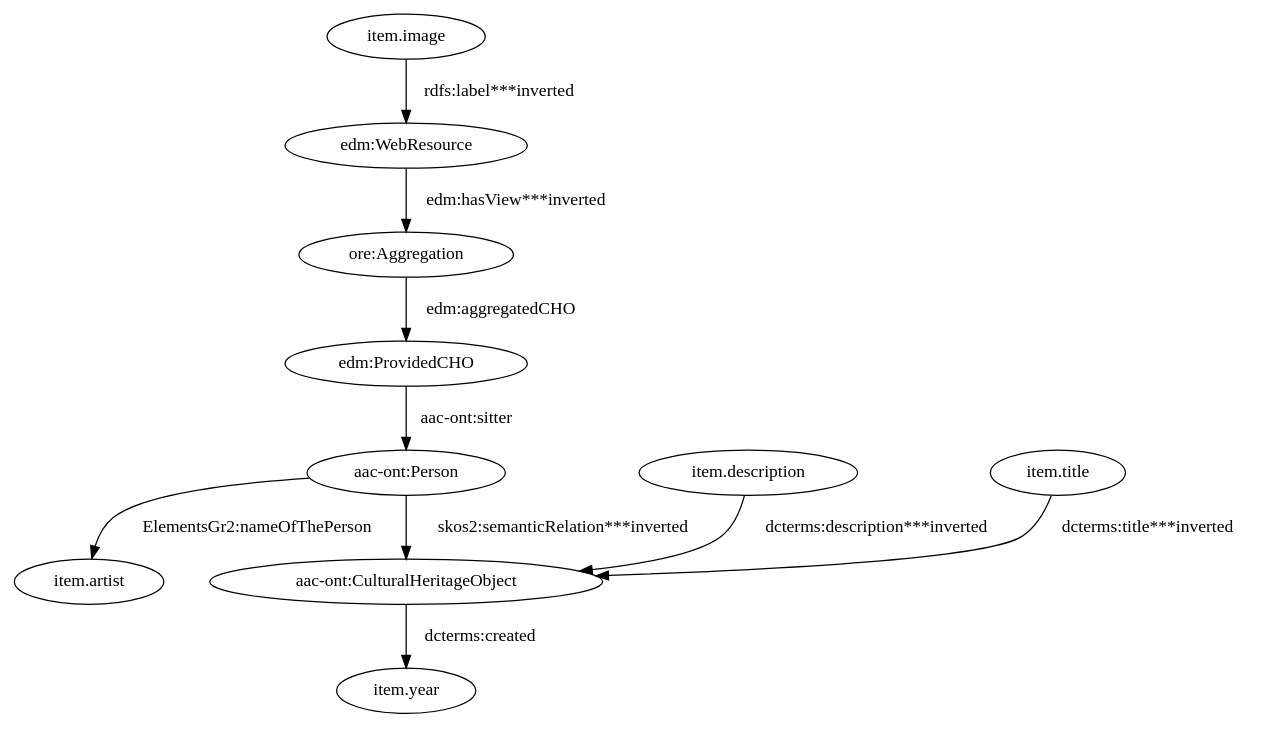
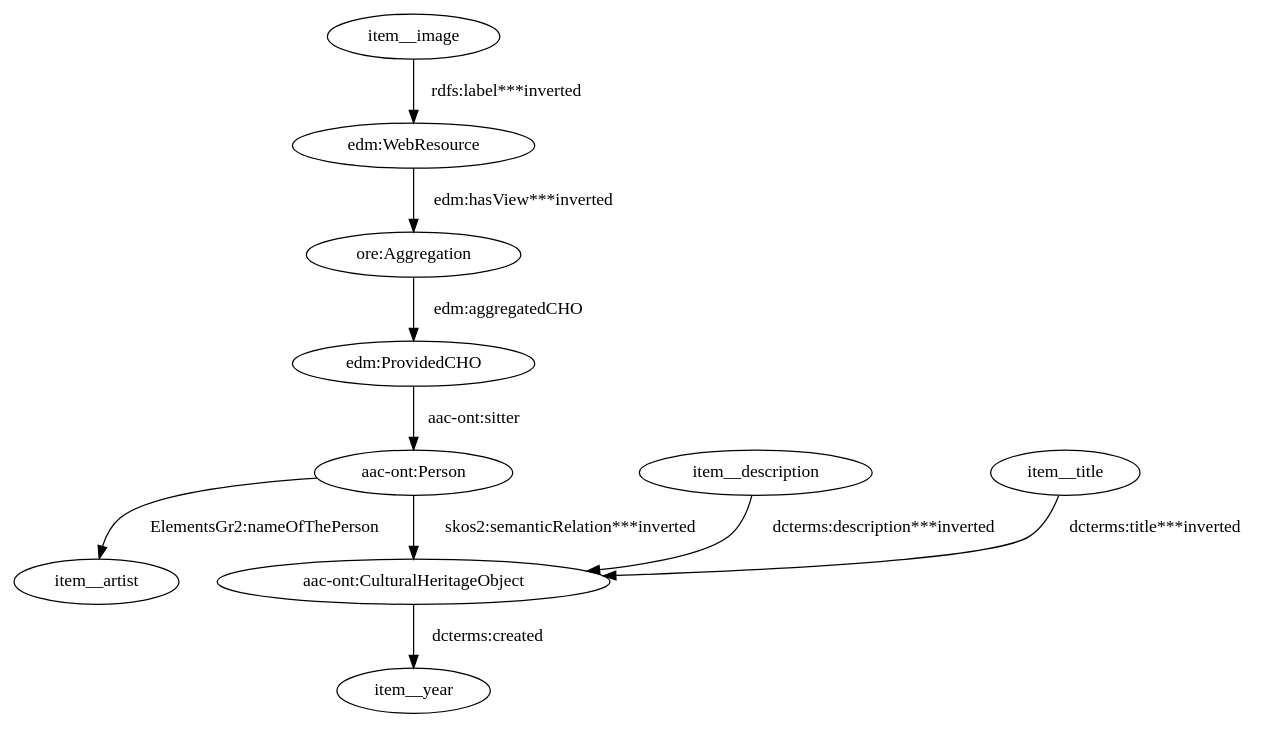
The diagram in data/taheriyan2016/task_03/semantic_models/steiner/dot/s16-s-hammer.dot (giuseppefutia/semi), drawn with Graphviz before and after one commit. The commit also changed 91 other files, not shown here.

```diff
--- a/data/taheriyan2016/task_03/semantic_models/steiner/dot/s16-s-hammer.dot
+++ b/data/taheriyan2016/task_03/semantic_models/steiner/dot/s16-s-hammer.dot
@@ -1,21 +1,21 @@
 digraph {
   "aac-ont:CulturalHeritageObject1" [type=class_uri,label="aac-ont:CulturalHeritageObject"]
-  "item.year" [type=attribute_name,label="item.year"]
+  item__year [type=attribute_name,label=item__year]
   "aac-ont:Person1" [type=class_uri,label="aac-ont:Person"]
-  "item.artist" [type=attribute_name,label="item.artist"]
+  item__artist [type=attribute_name,label=item__artist]
   "edm:ProvidedCHO" [type=class_uri,label="edm:ProvidedCHO"]
   "edm:WebResource1" [type=class_uri,label="edm:WebResource"]
   "ore:Aggregation" [type=class_uri,label="ore:Aggregation"]
-  "item.description" [type=attribute_name,label="item.description"]
-  "item.image" [type=attribute_name,label="item.image"]
-  "item.title" [type=attribute_name,label="item.title"]
-  "aac-ont:CulturalHeritageObject1" -> "item.year" [label="dcterms:created",type=st_property_uri]
+  item__description [type=attribute_name,label=item__description]
+  item__image [type=attribute_name,label=item__image]
+  item__title [type=attribute_name,label=item__title]
+  "aac-ont:CulturalHeritageObject1" -> item__year [label="dcterms:created",type=st_property_uri]
   "aac-ont:Person1" -> "aac-ont:CulturalHeritageObject1" [type=inherited,label="skos2:semanticRelation***inverted",weight=4]
-  "aac-ont:Person1" -> "item.artist" [label="ElementsGr2:nameOfThePerson",type=st_property_uri]
+  "aac-ont:Person1" -> item__artist [label="ElementsGr2:nameOfThePerson",type=st_property_uri]
   "edm:ProvidedCHO" -> "aac-ont:Person1" [label="aac-ont:sitter",type=direct_property_uri,weight=1]
   "edm:WebResource1" -> "ore:Aggregation" [type=direct_property_uri,label="edm:hasView***inverted",weight=1]
-  "item.description" -> "aac-ont:CulturalHeritageObject1" [type=st_property_uri,label="dcterms:description***inverted",weight=1]
-  "item.image" -> "edm:WebResource1" [type=st_property_uri,label="rdfs:label***inverted",weight=1]
-  "item.title" -> "aac-ont:CulturalHeritageObject1" [type=st_property_uri,label="dcterms:title***inverted",weight=1]
+  item__description -> "aac-ont:CulturalHeritageObject1" [type=st_property_uri,label="dcterms:description***inverted",weight=1]
+  item__image -> "edm:WebResource1" [type=st_property_uri,label="rdfs:label***inverted",weight=1]
+  item__title -> "aac-ont:CulturalHeritageObject1" [type=st_property_uri,label="dcterms:title***inverted",weight=1]
   "ore:Aggregation" -> "edm:ProvidedCHO" [label="edm:aggregatedCHO",type=direct_property_uri,weight=1]
 }
```
